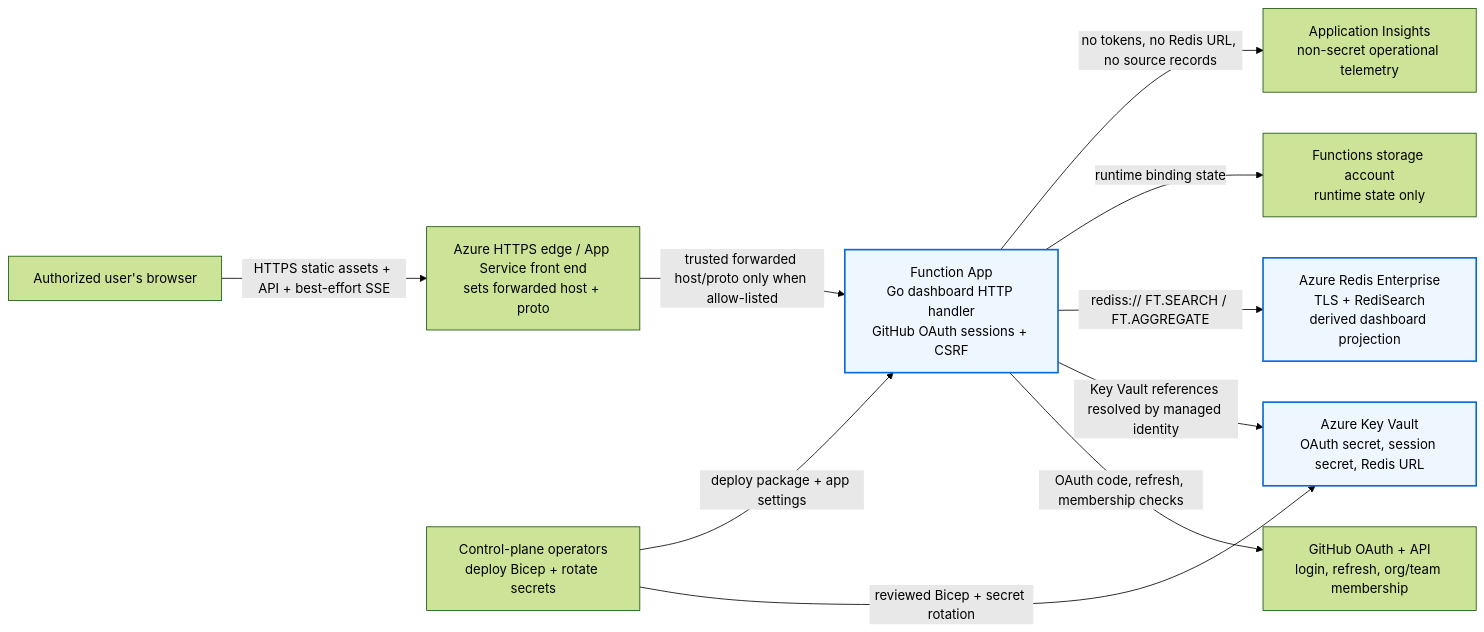
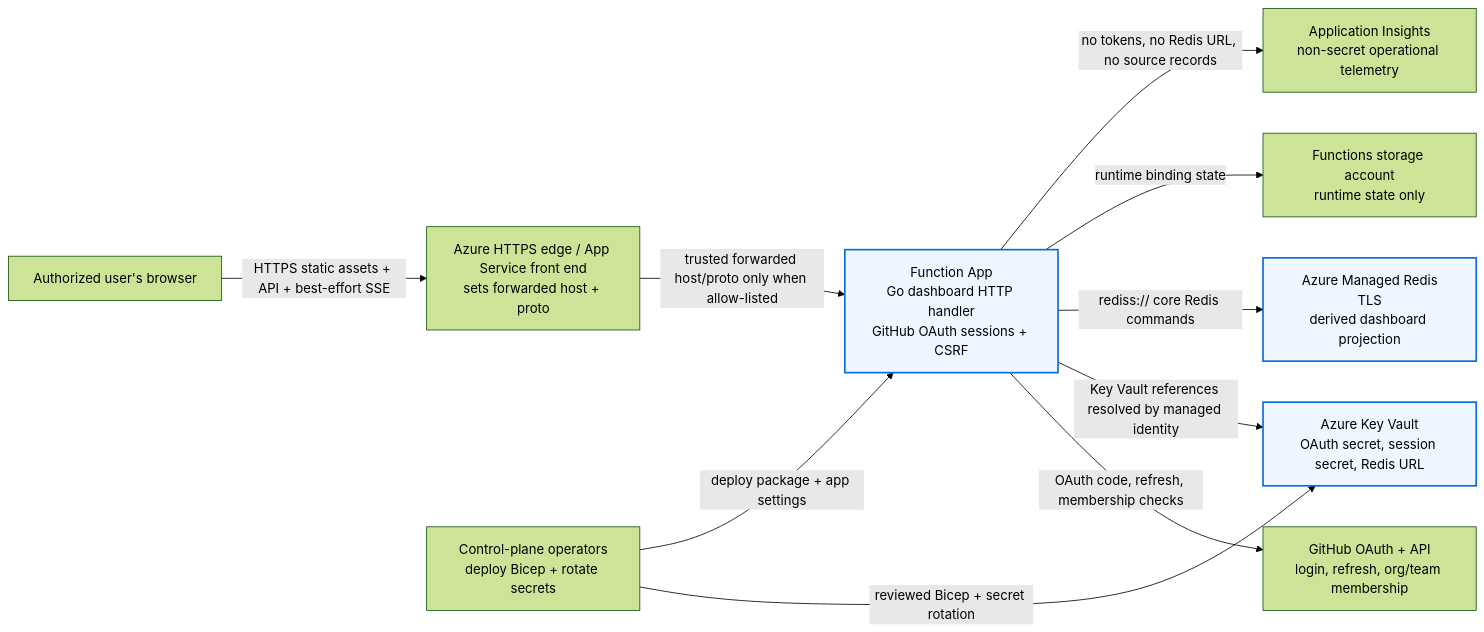
The second of 2 diagrams in server/README.md (githubnext/gh-aw-cao), drawn with Mermaid (forest theme) before and after one commit. The commit also changed other lines of this file and 22 other files, not shown here.

First line of the commit message:
Drop RediSearch from the server projection

````diff
--- a/server/README.md
+++ b/server/README.md
@@ -153,25 +153,25 @@
 ```mermaid
 flowchart LR
   Browser["Authorized user's browser"]
   Edge["Azure HTTPS edge / App Service front end<br/>sets forwarded host + proto"]
   Function["Function App<br/>Go dashboard HTTP handler<br/>GitHub OAuth sessions + CSRF"]
   GitHubOAuth["GitHub OAuth + API<br/>login, refresh, org/team membership"]
   KeyVault["Azure Key Vault<br/>OAuth secret, session secret, Redis URL"]
-  Redis["Azure Redis Enterprise<br/>TLS + RediSearch<br/>derived dashboard projection"]
+  Redis["Azure Managed Redis<br/>TLS<br/>derived dashboard projection"]
   Storage["Functions storage account<br/>runtime state only"]
   Insights["Application Insights<br/>non-secret operational telemetry"]
   Operators["Control-plane operators<br/>deploy Bicep + rotate secrets"]
 
   Browser -->|"HTTPS static assets + API + best-effort SSE"| Edge
   Edge -->|"trusted forwarded host/proto only when allow-listed"| Function
   Function -->|"OAuth code, refresh, membership checks"| GitHubOAuth
   Function -->|"Key Vault references resolved by managed identity"| KeyVault
-  Function -->|"rediss:// FT.SEARCH / FT.AGGREGATE"| Redis
+  Function -->|"rediss:// core Redis commands"| Redis
   Function -->|"runtime binding state"| Storage
   Function -->|"no tokens, no Redis URL, no source records"| Insights
   Operators -->|"reviewed Bicep + secret rotation"| KeyVault
   Operators -->|"deploy package + app settings"| Function
 
   classDef boundary fill:#eef6ff,stroke:#0969da,stroke-width:2px;
   class Function,KeyVault,Redis boundary;
 ```
````
